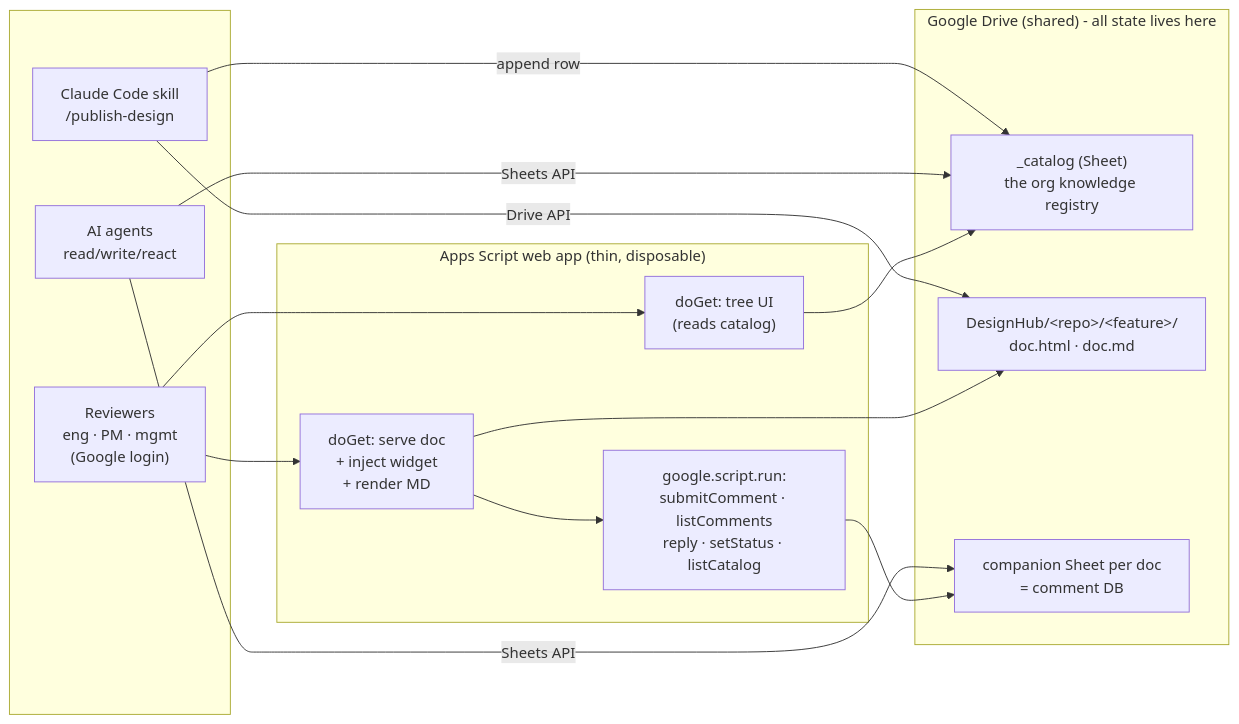
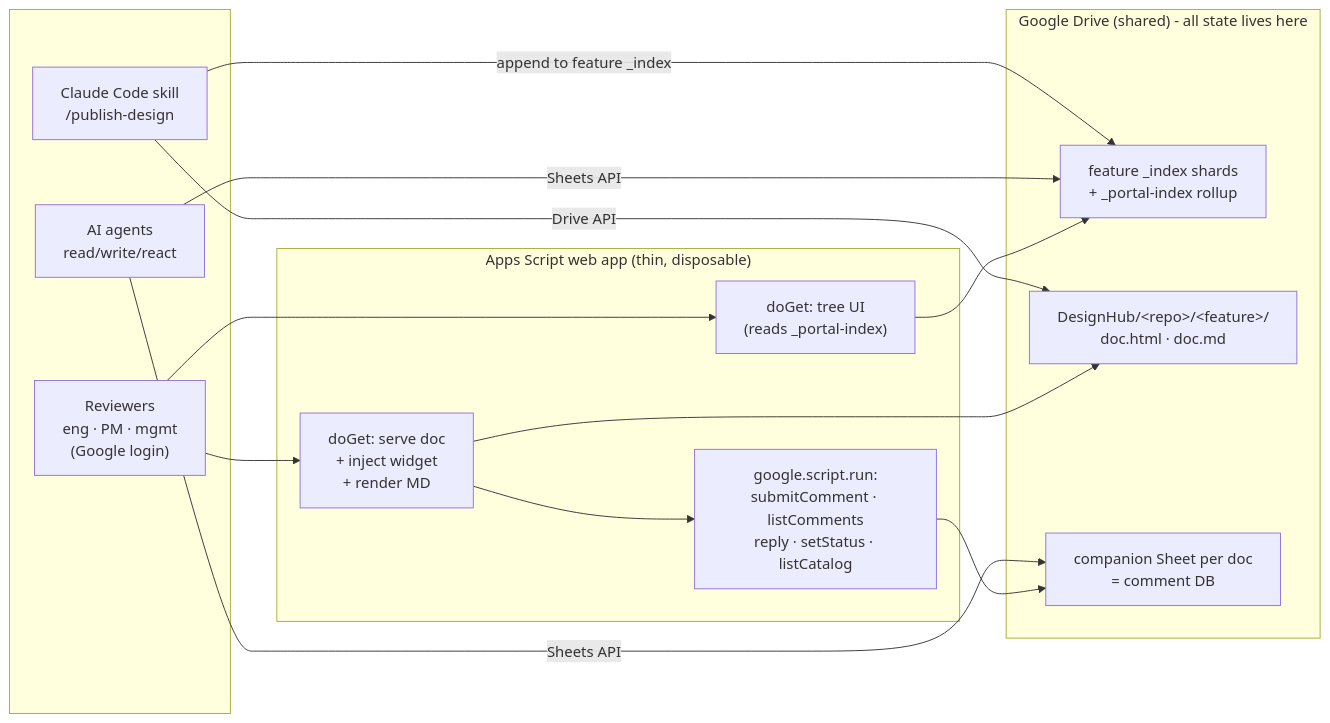
One commit to TechSeeHome/cc-htmlfeedback changed the diagram in docs/designhub/design.md. Above: the diagram before and after it, drawn with Mermaid. The commit also changed other lines of this file and 1 other file, not shown here.

````diff
--- a/docs/designhub/design.md
+++ b/docs/designhub/design.md
@@ -40,31 +47,31 @@
 ```mermaid
 flowchart LR
     subgraph clients [" "]
         SKILL["Claude Code skill<br/>/publish-design"]
         AGENT["AI agents<br/>read/write/react"]
         REV["Reviewers<br/>eng · PM · mgmt<br/>(Google login)"]
     end
 
     subgraph gas ["Apps Script web app (thin, disposable)"]
-        TREE["doGet: tree UI<br/>(reads catalog)"]
+        TREE["doGet: tree UI<br/>(reads _portal-index)"]
         SERVE["doGet: serve doc<br/>+ inject widget<br/>+ render MD"]
         BRIDGE["google.script.run:<br/>submitComment · listComments<br/>reply · setStatus · listCatalog"]
     end
 
     subgraph drive ["Google Drive (shared) - all state lives here"]
-        CAT["_catalog (Sheet)<br/>the org knowledge registry"]
+        CAT["feature _index shards<br/>+ _portal-index rollup"]
         DOCS["DesignHub/&lt;repo&gt;/&lt;feature&gt;/<br/>doc.html · doc.md"]
         CMTS["companion Sheet per doc<br/>= comment DB"]
     end
 
     SKILL -- "Drive API" --> DOCS
-    SKILL -- "append row" --> CAT
+    SKILL -- "append to feature _index" --> CAT
     AGENT -- "Sheets API" --> CMTS
     AGENT -- "Sheets API" --> CAT
     REV --> TREE
     REV --> SERVE
     SERVE --> BRIDGE
     TREE --> CAT
     SERVE --> DOCS
     BRIDGE --> CMTS
 ```
````
